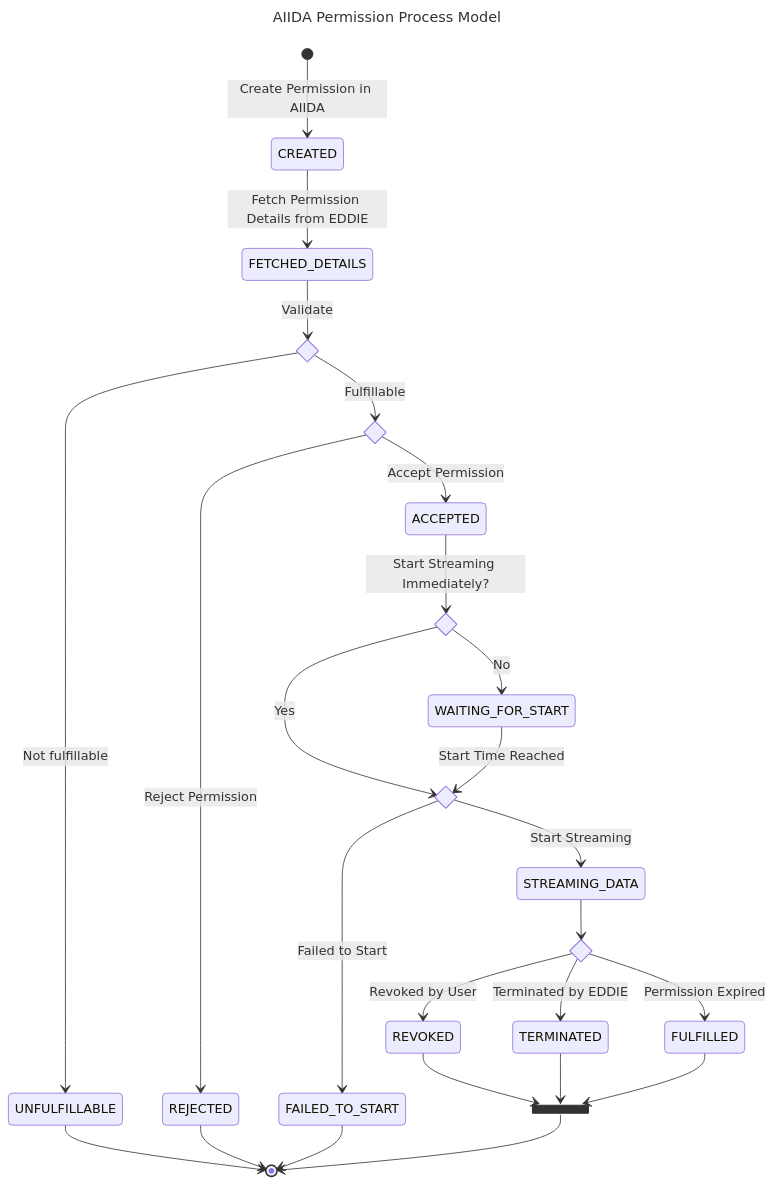
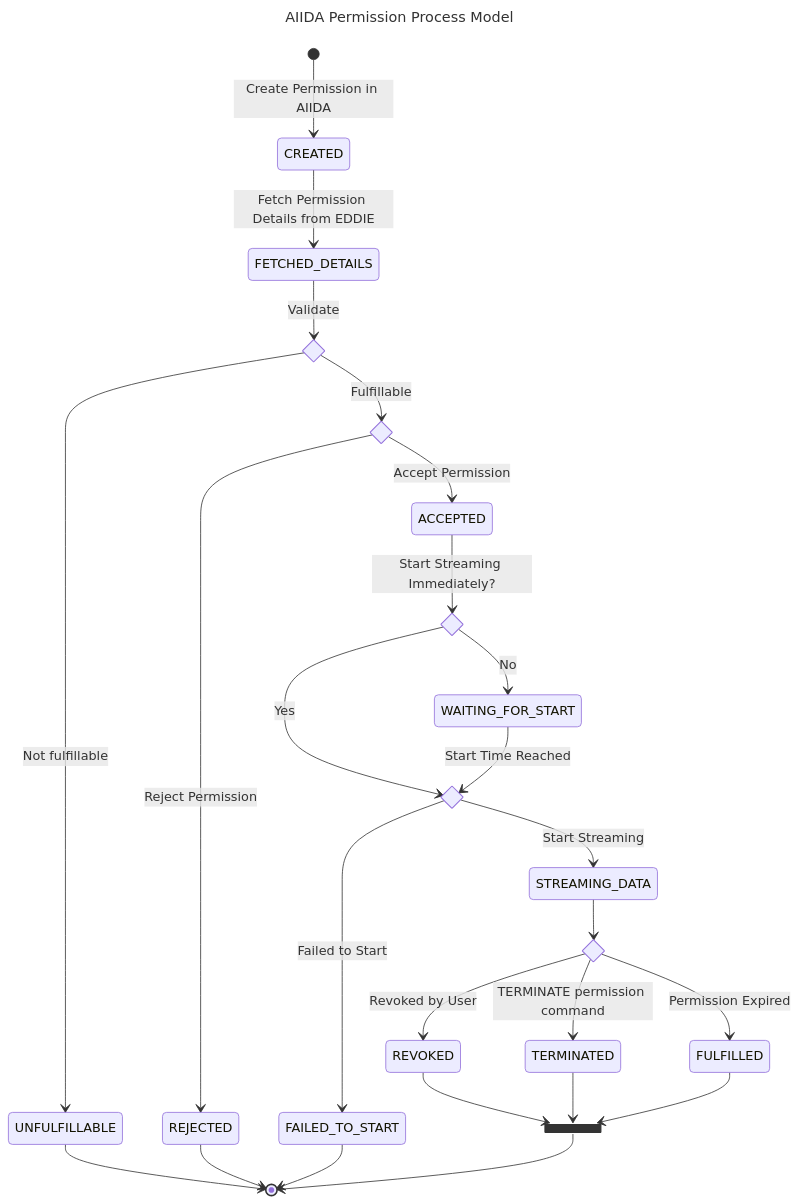
Before and after one commit to eddie-energy/architecture: the diagram in arc42/appendix/aiida-communication/aiida-communication.md, drawn with Mermaid. The commit also changed other lines of this file, not shown here.

Commit message:
NOISSUE Add permission commands

````diff
--- a/arc42/appendix/aiida-communication/aiida-communication.md
+++ b/arc42/appendix/aiida-communication/aiida-communication.md
@@ -172,38 +194,38 @@
 ```mermaid
 ---
 title: AIIDA Permission Process Model
 ---
 stateDiagram-v2
   direction TB
   state validation_fork <<choice>>
   state permission_fork <<choice>>
   state accepted_fork <<choice>>
   state waiting_for_start_fork <<choice>>
   state streaming_fork <<choice>>
   state join_state_all <<join>>
 
   [*] --> CREATED: Create Permission in AIIDA
   CREATED --> FETCHED_DETAILS: Fetch Permission Details from EDDIE
   FETCHED_DETAILS --> validation_fork: Validate
   validation_fork --> permission_fork: Fulfillable
   validation_fork --> UNFULFILLABLE: Not fulfillable
   UNFULFILLABLE --> [*]
   permission_fork --> ACCEPTED: Accept Permission
   permission_fork --> REJECTED: Reject Permission
   REJECTED --> [*]
   ACCEPTED --> accepted_fork: Start Streaming Immediately?
   accepted_fork --> waiting_for_start_fork: Yes
   accepted_fork --> WAITING_FOR_START: No
   WAITING_FOR_START --> waiting_for_start_fork: Start Time Reached
   waiting_for_start_fork --> STREAMING_DATA: Start Streaming
   waiting_for_start_fork --> FAILED_TO_START: Failed to Start
   FAILED_TO_START --> [*]
   STREAMING_DATA --> streaming_fork
   streaming_fork --> REVOKED: Revoked by User
-  streaming_fork --> TERMINATED: Terminated by EDDIE
+  streaming_fork --> TERMINATED: TERMINATE permission command
   streaming_fork --> FULFILLED: Permission Expired
   REVOKED --> join_state_all
   TERMINATED --> join_state_all
   FULFILLED --> join_state_all
   join_state_all --> [*]
 ```
````
